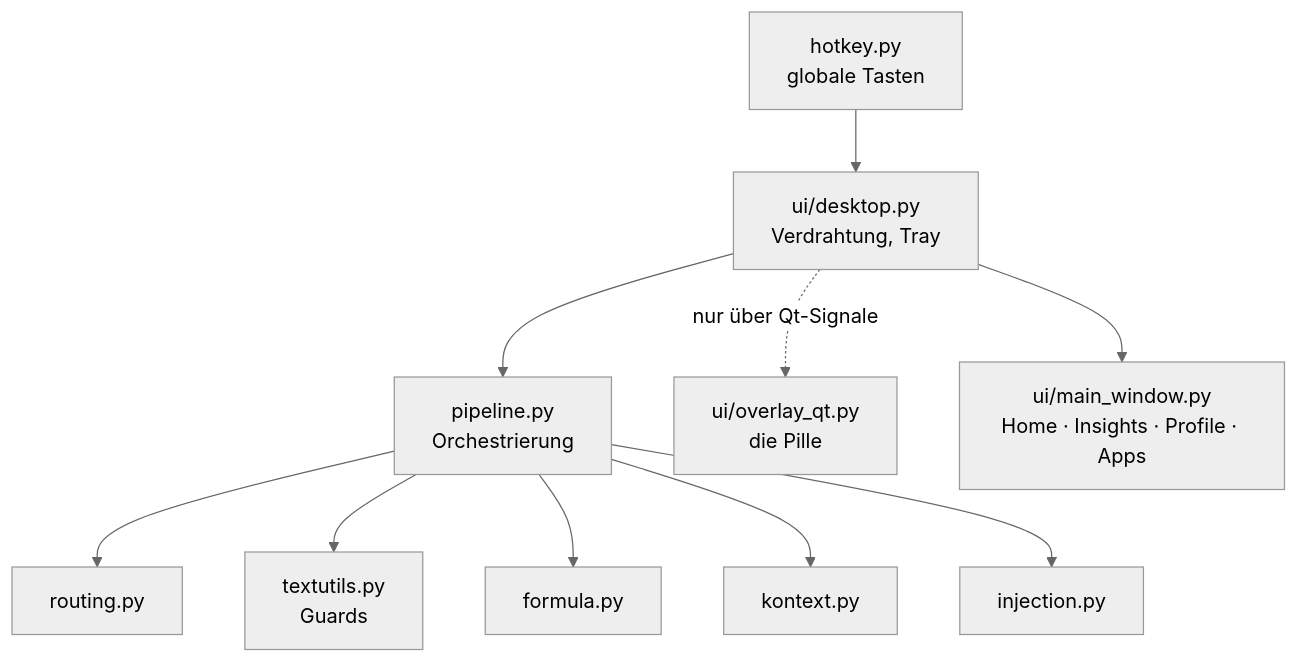
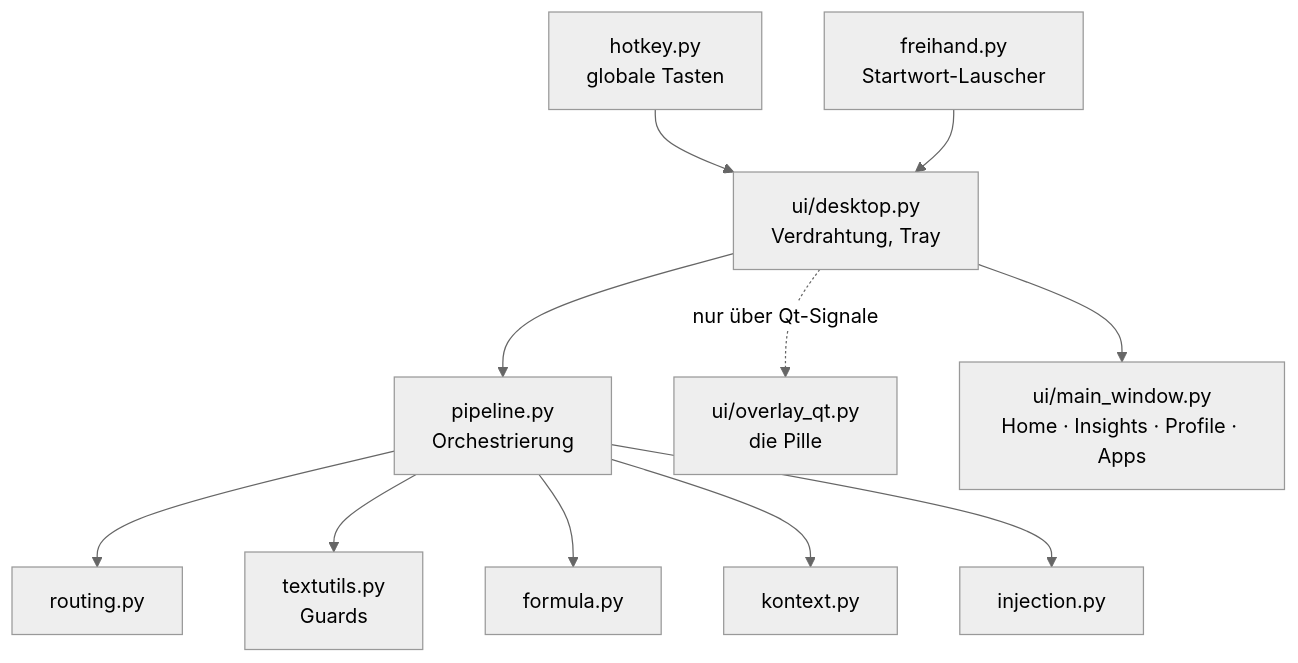
Before and after one commit to FynnXland/fleech: the fourth of 4 diagrams in docs/TECHNIK.md, drawn with Mermaid (neutral theme). The commit also changed other lines of this file and 4 other files, not shown here.

````diff
--- a/docs/TECHNIK.md
+++ b/docs/TECHNIK.md
@@ -175,12 +296,13 @@
 ```mermaid
 flowchart TD
     HK["hotkey.py<br/>globale Tasten"] --> DT["ui/desktop.py<br/>Verdrahtung, Tray"]
+    FH["freihand.py<br/>Startwort-Lauscher"] --> DT
     DT --> PL["pipeline.py<br/>Orchestrierung"]
     PL --> RT["routing.py"]
     PL --> TU["textutils.py<br/>Guards"]
     PL --> FM["formula.py"]
     PL --> KX["kontext.py"]
     PL --> IJ["injection.py"]
     DT -.nur über Qt-Signale.-> OV["ui/overlay_qt.py<br/>die Pille"]
     DT --> MW["ui/main_window.py<br/>Home · Insights · Profile · Apps"]
 ```
````
